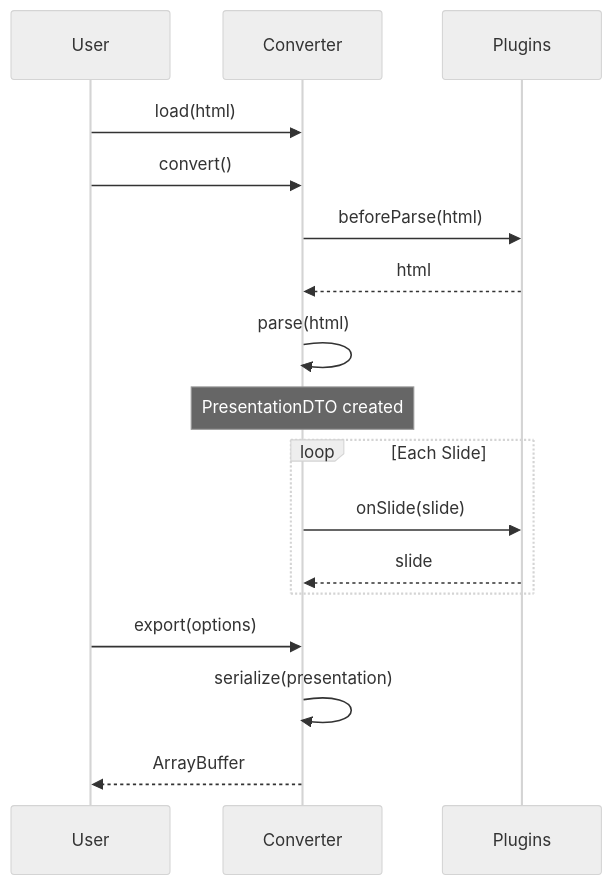
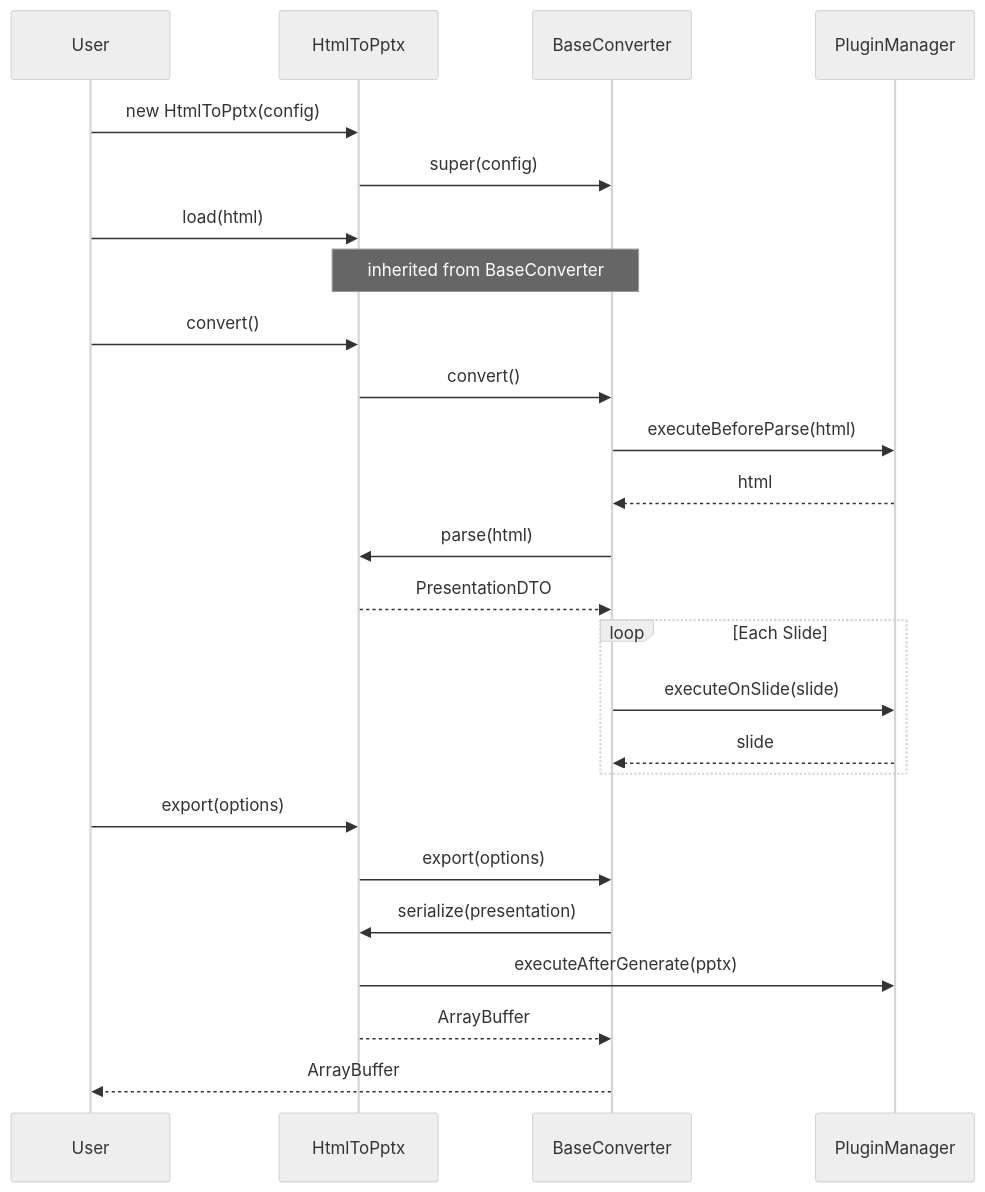
The first of 3 diagrams in README.md (christphralden/html-in-pptx-out), drawn with Mermaid (neutral theme) before and after one commit. The commit also changed other lines of this file and 2 other files, not shown here.

Commit message:
edit: lifecycle for base-converter

````diff
--- a/README.md
+++ b/README.md
@@ -88,20 +88,31 @@
 ```mermaid
 sequenceDiagram
     participant User
-    participant Converter
-    participant Plugins
+    participant HtmlToPptx
+    participant BaseConverter
+    participant PluginManager
 
-    User->>Converter: load(html)
-    User->>Converter: convert()
-    Converter->>Plugins: beforeParse(html)
-    Plugins-->>Converter: html
-    Converter->>Converter: parse(html)
-    Note over Converter: PresentationDTO created
+    User->>HtmlToPptx: new HtmlToPptx(config)
+    HtmlToPptx->>BaseConverter: super(config)
+
+    User->>HtmlToPptx: load(html)
+    Note over HtmlToPptx,BaseConverter: inherited from BaseConverter
+
+    User->>HtmlToPptx: convert()
+    HtmlToPptx->>BaseConverter: convert()
+    BaseConverter->>PluginManager: executeBeforeParse(html)
+    PluginManager-->>BaseConverter: html
+    BaseConverter->>HtmlToPptx: parse(html)
+    HtmlToPptx-->>BaseConverter: PresentationDTO
     loop Each Slide
-        Converter->>Plugins: onSlide(slide)
-        Plugins-->>Converter: slide
+        BaseConverter->>PluginManager: executeOnSlide(slide)
+        PluginManager-->>BaseConverter: slide
     end
-    User->>Converter: export(options)
-    Converter->>Converter: serialize(presentation)
-    Converter-->>User: ArrayBuffer
+
+    User->>HtmlToPptx: export(options)
+    HtmlToPptx->>BaseConverter: export(options)
+    BaseConverter->>HtmlToPptx: serialize(presentation)
+    HtmlToPptx->>PluginManager: executeAfterGenerate(pptx)
+    HtmlToPptx-->>BaseConverter: ArrayBuffer
+    BaseConverter-->>User: ArrayBuffer
 ```
````
